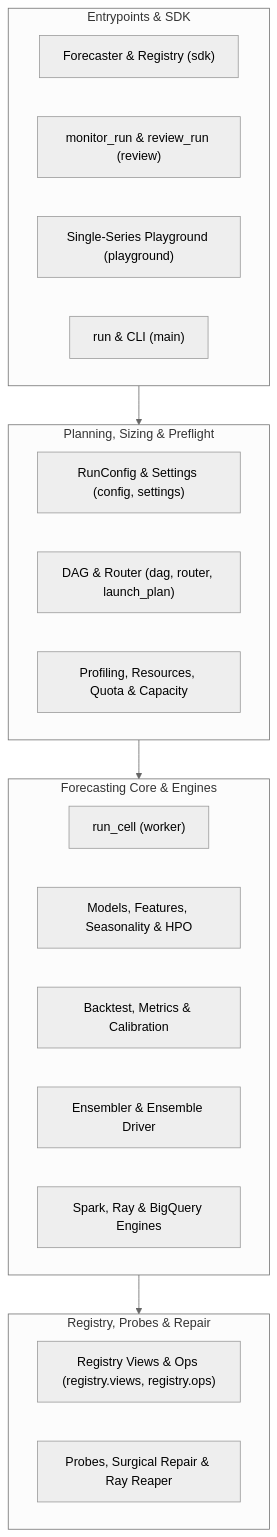
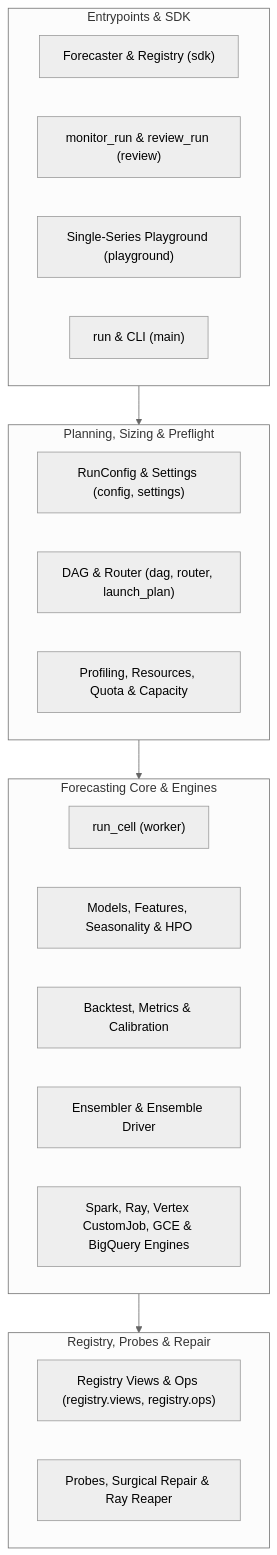
One commit to statmike/scale-forecasting changed the diagram in docs/api/index.md. Above: the diagram before and after it, drawn with Mermaid (neutral theme). The commit also changed other lines of this file and 69 other files, not shown here.

First line of the commit message:
feat(compute): add vertex and gce runtimes, unified compute params, GPU-VM catalog, and AGENTS.md

````diff
--- a/docs/api/index.md
+++ b/docs/api/index.md
@@ -5,26 +5,26 @@
 ```mermaid
 flowchart TD
     subgraph Entry["Entrypoints & SDK"]
         SDK["Forecaster & Registry (sdk)"]
         REV["monitor_run & review_run (review)"]
         PG["Single-Series Playground (playground)"]
         MAIN["run & CLI (main)"]
     end
     subgraph Plan["Planning, Sizing & Preflight"]
         CFG["RunConfig & Settings (config, settings)"]
         DAG["DAG & Router (dag, router, launch_plan)"]
         PROF["Profiling, Resources, Quota & Capacity"]
     end
     subgraph Core["Forecasting Core & Engines"]
         WRK["run_cell (worker)"]
         MOD["Models, Features, Seasonality & HPO"]
         BT["Backtest, Metrics & Calibration"]
         ENS["Ensembler & Ensemble Driver"]
-        ENG["Spark, Ray & BigQuery Engines"]
+        ENG["Spark, Ray, Vertex CustomJob, GCE & BigQuery Engines"]
     end
     subgraph Ops["Registry, Probes & Repair"]
         REG["Registry Views & Ops (registry.views, registry.ops)"]
         PRB["Probes, Surgical Repair & Ray Reaper"]
     end
     Entry --> Plan --> Core --> Ops
 ```
````
